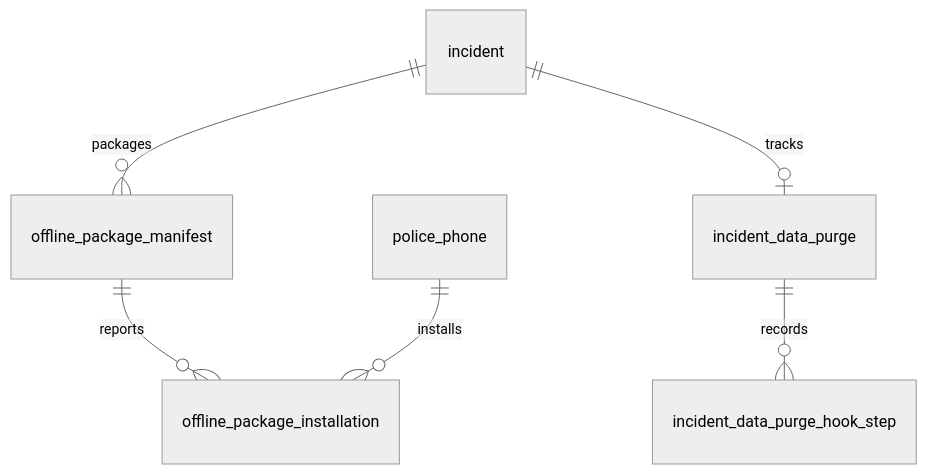
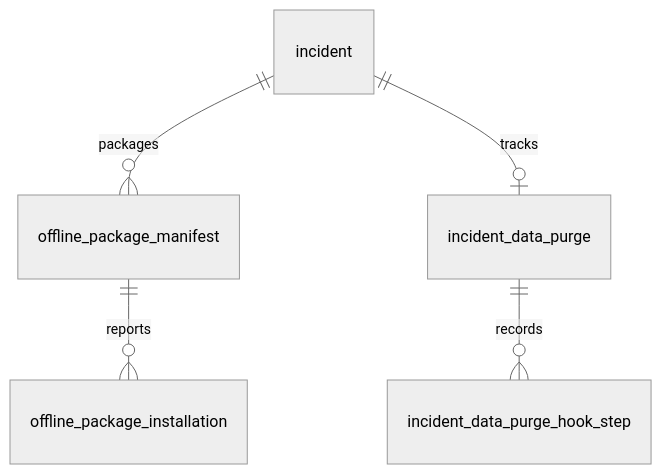
The third of 3 diagrams in docs/db-design/db-design-erd.md (sonic8-8/suri-map), drawn with Mermaid (neutral theme) before and after one commit. The commit also changed other lines of this file and 88 other files, not shown here.

````diff
--- a/docs/db-design/db-design-erd.md
+++ b/docs/db-design/db-design-erd.md
@@ -50,9 +50,8 @@
 ```mermaid
 erDiagram
     incident ||--o{ offline_package_manifest : packages
     offline_package_manifest ||--o{ offline_package_installation : reports
-    police_phone ||--o{ offline_package_installation : installs
 
     incident ||--o| incident_data_purge : tracks
     incident_data_purge ||--o{ incident_data_purge_hook_step : records
 ```
````
